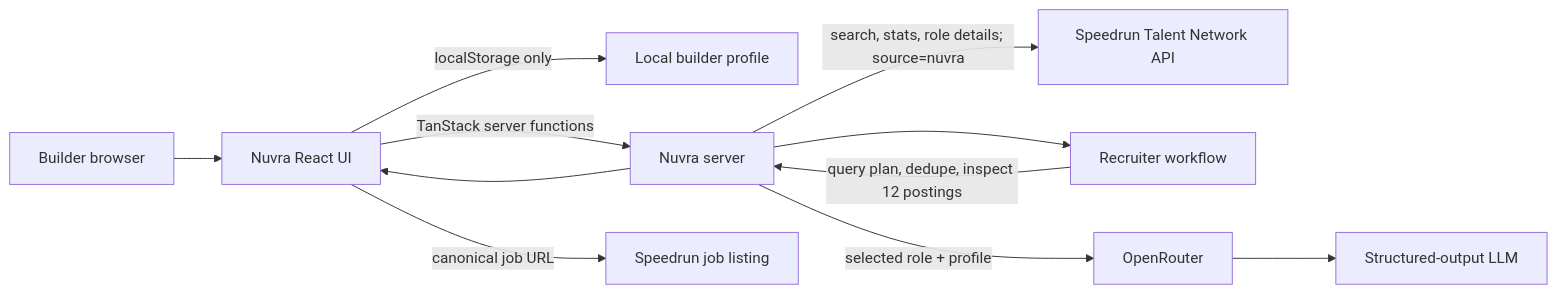
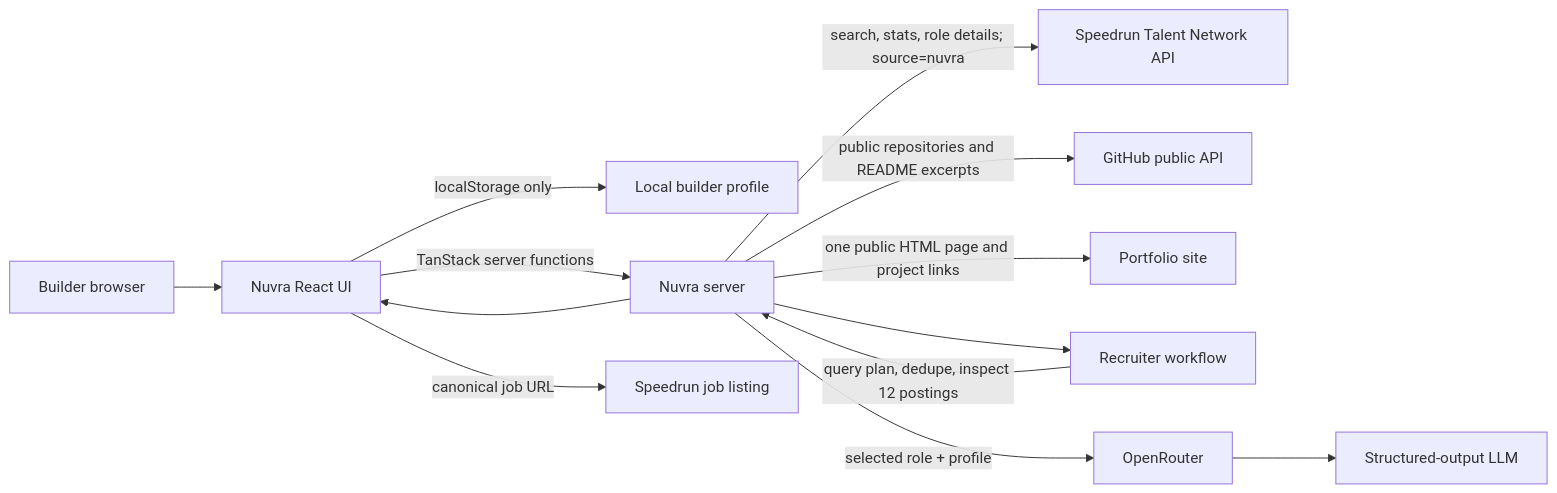
The diagram in README.md (NikhilRaikwar/Nuvra), drawn with Mermaid before and after one commit. The commit also changed other lines of this file and 4 other files, not shown here.

````diff
--- a/README.md
+++ b/README.md
@@ -35,13 +39,15 @@
 ```mermaid
 flowchart LR
   Builder[Builder browser] --> UI[Nuvra React UI]
   UI -->|localStorage only| Profile[Local builder profile]
   UI -->|TanStack server functions| Server[Nuvra server]
   Server -->|search, stats, role details; source=nuvra| Speedrun[Speedrun Talent Network API]
+  Server -->|public repositories and README excerpts| GitHub[GitHub public API]
+  Server -->|one public HTML page and project links| Portfolio[Portfolio site]
   Server --> Recruiter[Recruiter workflow]
   Recruiter -->|query plan, dedupe, inspect 12 postings| Server
   Server -->|selected role + profile| OpenRouter[OpenRouter]
   OpenRouter --> Model[Structured-output LLM]
   Server --> UI
   UI -->|canonical job URL| Listing[Speedrun job listing]
 ```
````
